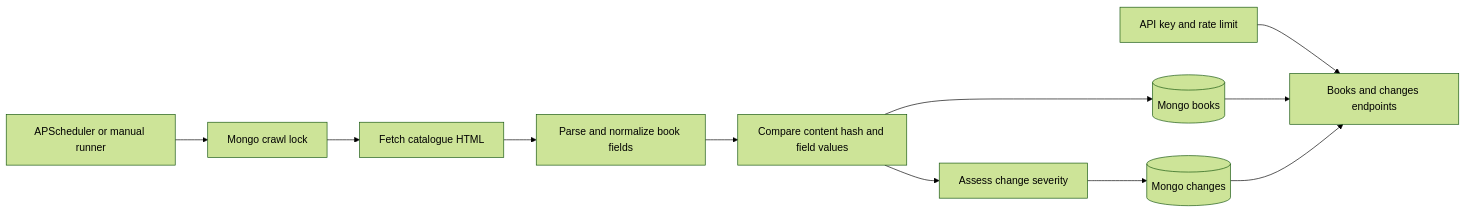
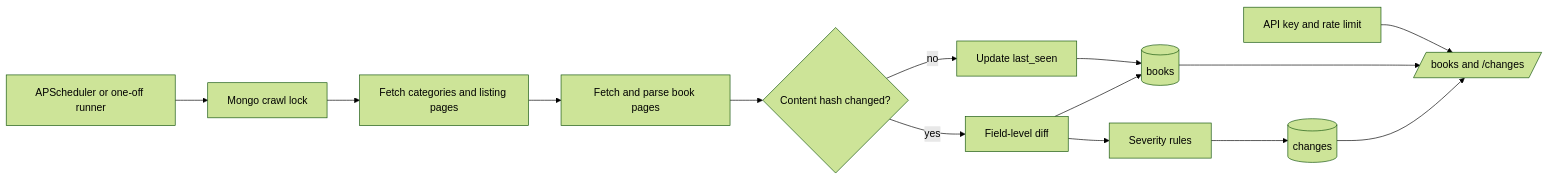
The diagram in README.md (dev-mnadeem/book-price-crawl-scheduler), drawn with Mermaid (forest theme) before and after one commit. The commit also changed other lines of this file and 4 other files, not shown here.

````diff
--- a/README.md
+++ b/README.md
@@ -60,13 +174,16 @@
 ```mermaid
 flowchart LR
-    Schedule[APScheduler or manual runner] --> Lock[Mongo crawl lock]
-    Lock --> Fetch[Fetch catalogue HTML]
-    Fetch --> Parse[Parse and normalize book fields]
-    Parse --> Compare[Compare content hash and field values]
-    Compare --> Books[(Mongo books)]
-    Compare --> Assess[Assess change severity]
-    Assess --> Changes[(Mongo changes)]
-    Key[API key and rate limit] --> API[Books and changes endpoints]
+    Schedule[APScheduler or one-off runner] --> Lock[Mongo crawl lock]
+    Lock --> Fetch[Fetch categories and listing pages]
+    Fetch --> Detail[Fetch and parse book pages]
+    Detail --> Compare{Content hash changed?}
+    Compare -- no --> Seen[Update last_seen]
+    Compare -- yes --> Diff[Field-level diff]
+    Diff --> Assess[Severity rules]
+    Seen --> Books[(books)]
+    Diff --> Books
+    Assess --> Changes[(changes)]
+    Key[API key and rate limit] --> API[/books and /changes/]
     Books --> API
     Changes --> API
 ```
````
